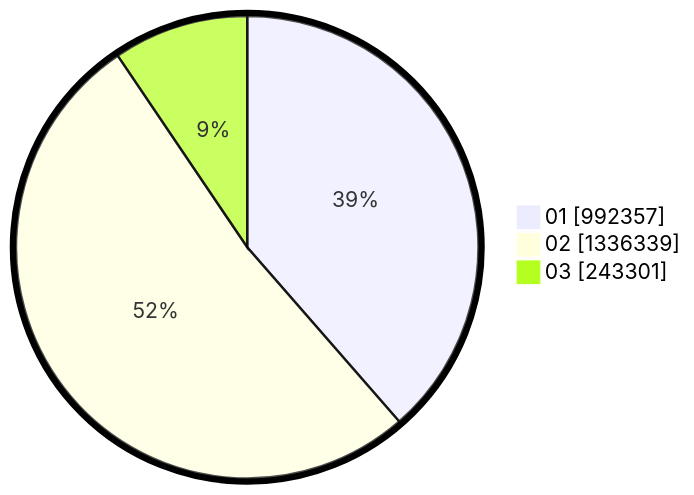
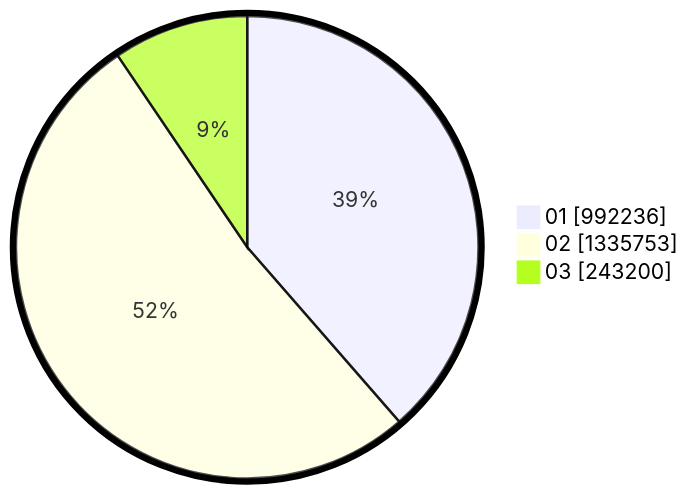
One commit to gigit-pemilu/pemilu-2024 changed the second of 2 diagrams in pilpres/hitung-suara/sub/table-wilayah-14.md. Above: the diagram before and after it, drawn with Mermaid. The commit also changed other lines of this file and 4 other files, not shown here.

````diff
--- a/pilpres/hitung-suara/sub/table-wilayah-14.md
+++ b/pilpres/hitung-suara/sub/table-wilayah-14.md
@@ -15,7 +15,7 @@
 ```mermaid
 %%{init: {"pie": {"textPosition": 0.5}, "themeVariables": {"pieOuterStrokeWidth": "5px"}} }%%
 pie showData
-    "01" : 992357
-    "02" : 1336339
-    "03" : 243301
+    "01" : 992236
+    "02" : 1335753
+    "03" : 243200
 ```
````
